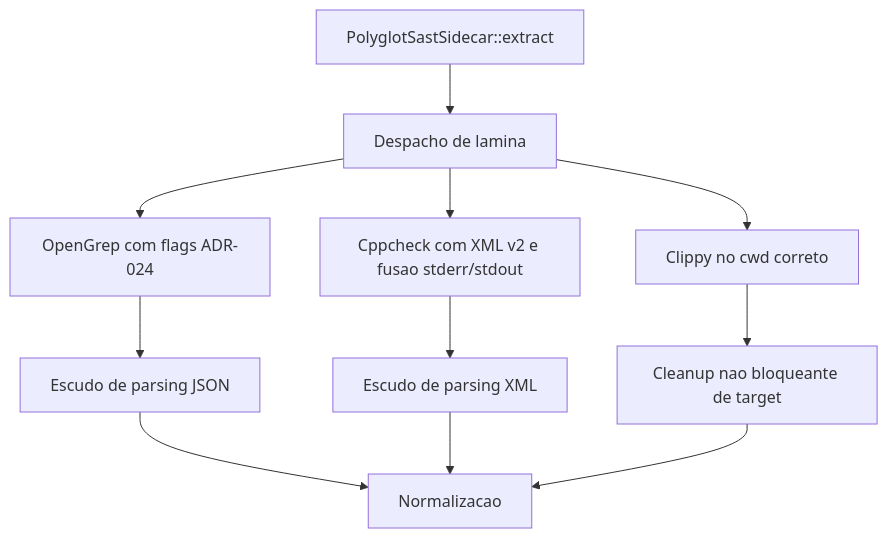
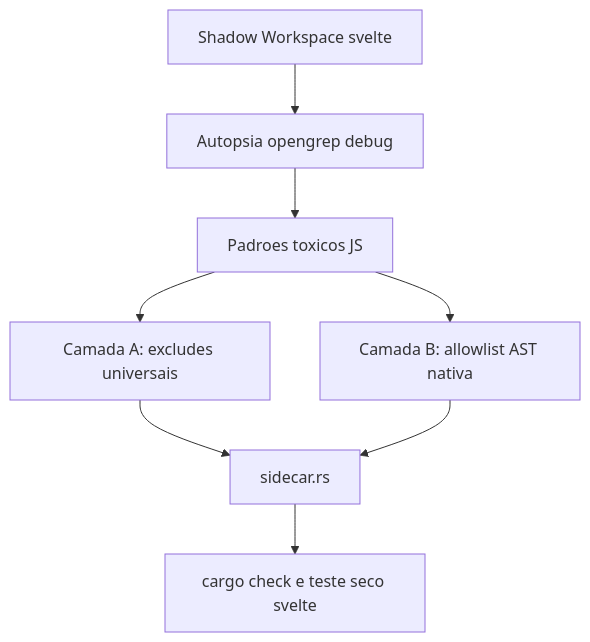
One commit to brunosrosa/genesis_mc changed the diagram in docs/design.md. Above: the diagram before and after it, drawn with Mermaid. The commit also changed other lines of this file and 8 other files, not shown here.

````diff
--- a/docs/design.md
+++ b/docs/design.md
@@ -23,13 +20,10 @@
 ```mermaid
 flowchart TD
-    A[PolyglotSastSidecar::extract] --> B[Despacho de lamina]
-    B --> C[OpenGrep com flags ADR-024]
-    B --> D[Cppcheck com XML v2 e fusao stderr/stdout]
-    B --> E[Clippy no cwd correto]
-    E --> F[Cleanup nao bloqueante de target]
-    C --> G[Escudo de parsing JSON]
-    D --> H[Escudo de parsing XML]
-    G --> I[Normalizacao]
-    H --> I
-    F --> I
+    A[Shadow Workspace svelte] --> B[Autopsia opengrep debug]
+    B --> C[Padroes toxicos JS]
+    C --> D[Camada A: excludes universais]
+    C --> E[Camada B: allowlist AST nativa]
+    D --> F[sidecar.rs]
+    E --> F
+    F --> G[cargo check e teste seco svelte]
 ```
````
